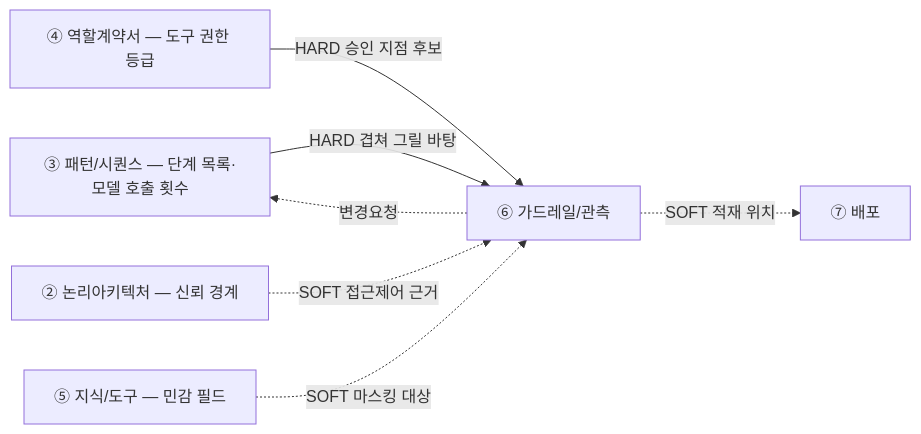
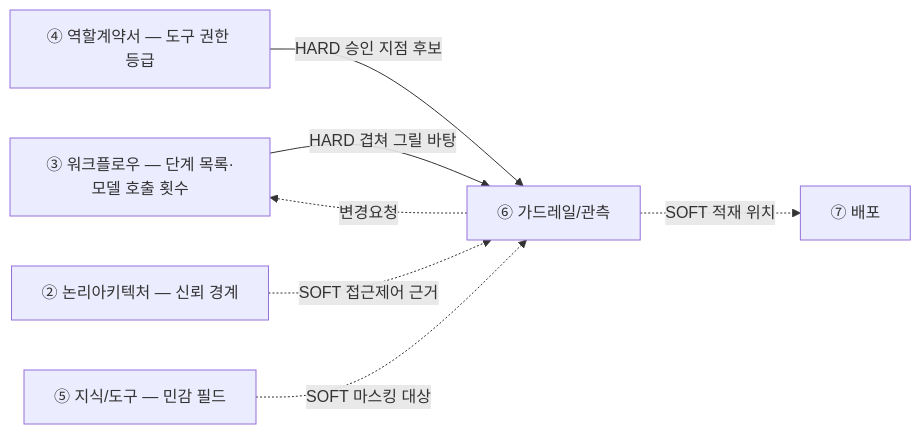
One commit to unicorn-campus/unicorn-skills changed the diagram in design-architecture/guides/06-가드레일관측설계-가이드.md. Above: the diagram before and after it, drawn with Mermaid. The commit also changed other lines of this file and 26 other files, not shown here.

First line of the commit message:
Rename design document ③ from 패턴/시퀀스 to 워크플로우

````diff
--- a/design-architecture/guides/06-가드레일관측설계-가이드.md
+++ b/design-architecture/guides/06-가드레일관측설계-가이드.md
@@ -18,9 +18,9 @@
 ```mermaid
 flowchart LR
-  D["③ 패턴/시퀀스 — 단계 목록·모델 호출 횟수"] -->|"HARD 겹쳐 그릴 바탕"| F["⑥ 가드레일/관측"]
+  D["③ 워크플로우 — 단계 목록·모델 호출 횟수"] -->|"HARD 겹쳐 그릴 바탕"| F["⑥ 가드레일/관측"]
   C["④ 역할계약서 — 도구 권한 등급"] -->|"HARD 승인 지점 후보"| F
   B["② 논리아키텍처 — 신뢰 경계"] -.->|"SOFT 접근제어 근거"| F
   E["⑤ 지식/도구 — 민감 필드"] -.->|"SOFT 마스킹 대상"| F
   F -.->|"SOFT 적재 위치"| G["⑦ 배포"]
   F -.변경요청.-> D
 ```
````
